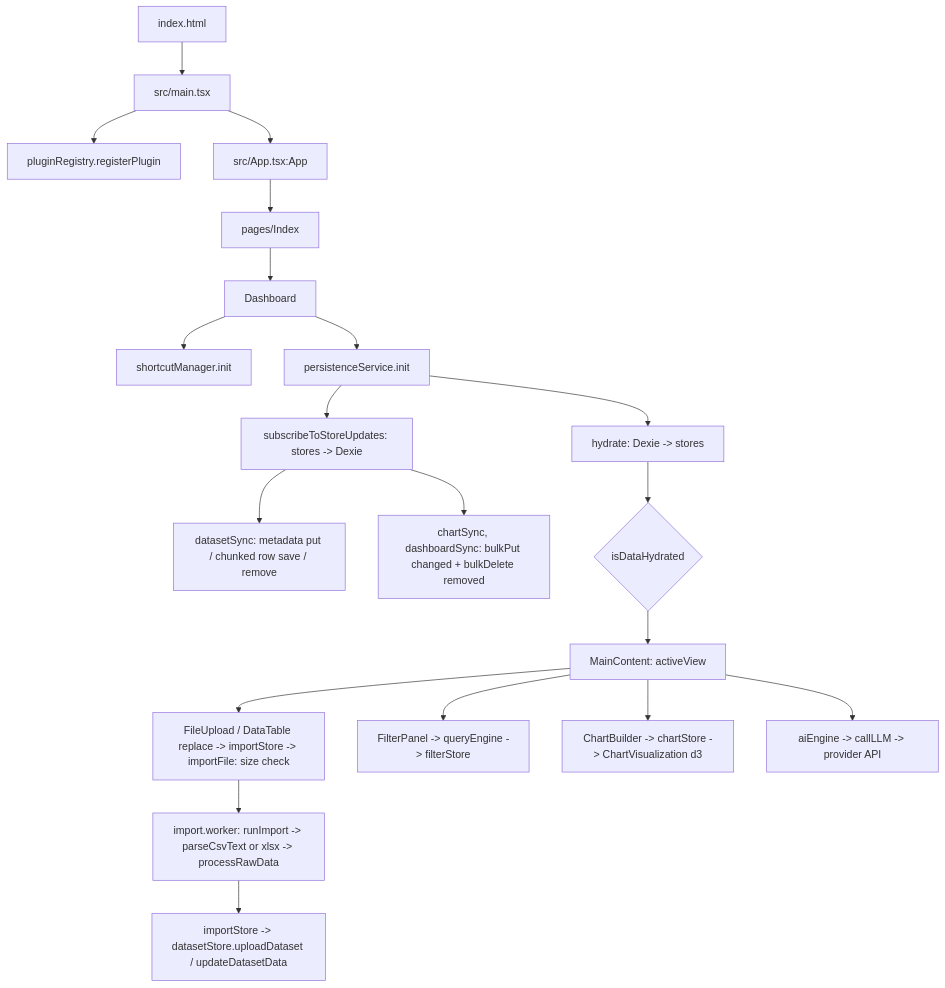
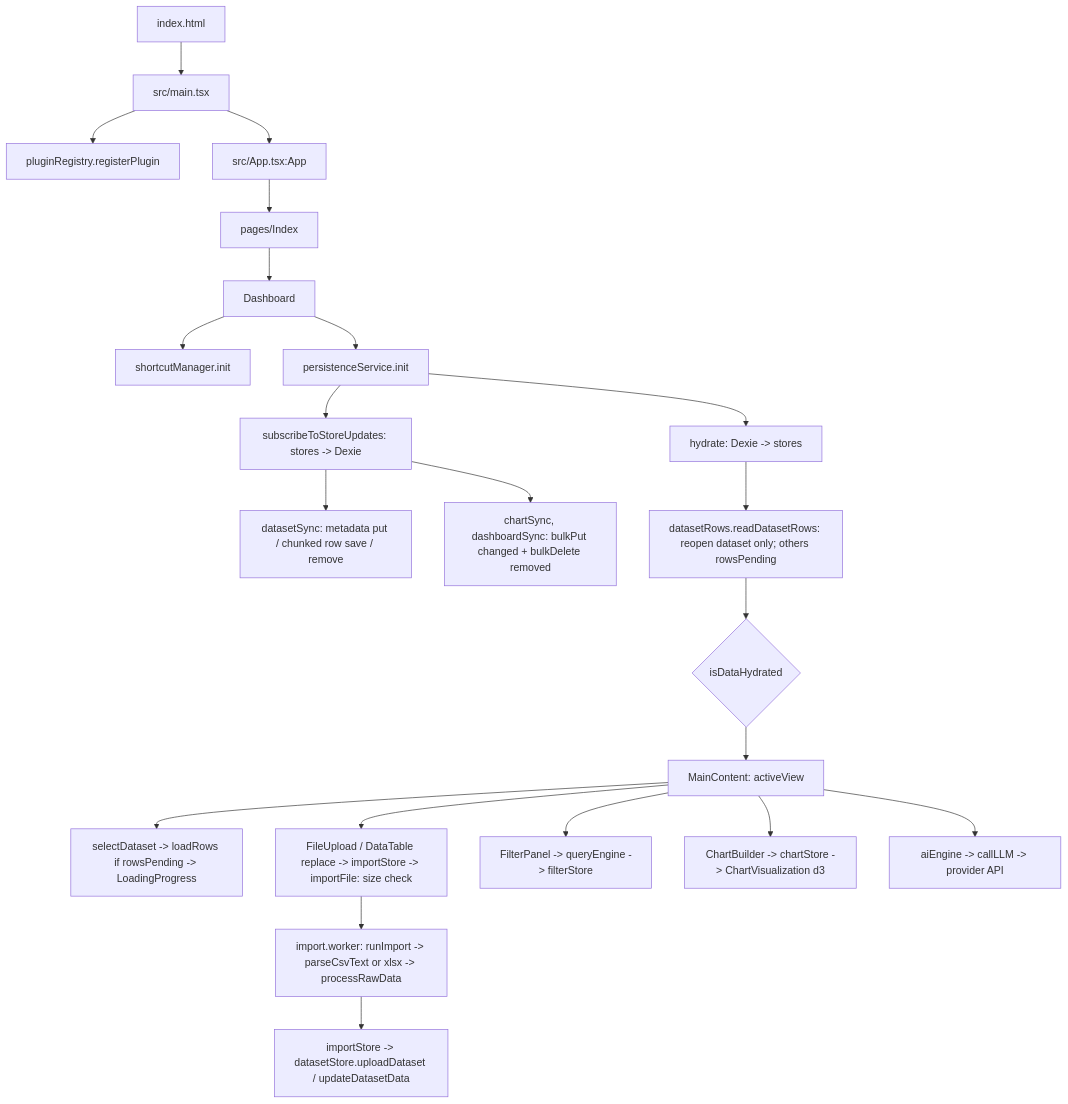
The diagram in flow.md (vardaanbazaz/datavista), drawn with Mermaid before and after one commit. The commit also changed other lines of this file and 47 other files, not shown here.

Commit message:
feat(charts): date bucketing (Auto/Year/Quarter/Month/Week/Day), aggregation picker, tick thinning + dark-mode label fix, Top N, year/ID column defaults; lazy-load inactive datasets with loading text; faster date toggle; fix flaky undo test; CI on Node 24, e2e as parallel job

````diff
--- a/flow.md
+++ b/flow.md
@@ -49,21 +51,23 @@
 ```mermaid
 flowchart TD
   HTML[index.html] --> Main[src/main.tsx]
   Main --> Plugins[pluginRegistry.registerPlugin]
   Main --> App[src/App.tsx:App]
   App --> Index[pages/Index] --> Dash[Dashboard]
   Dash --> Shortcuts[shortcutManager.init]
   Dash --> Persist[persistenceService.init]
   Persist --> Hydrate[hydrate: Dexie -> stores]
   Persist --> Sub[subscribeToStoreUpdates: stores -> Dexie]
   Sub --> DSync[datasetSync: metadata put / chunked row save / remove]
   Sub --> RSync[chartSync, dashboardSync: bulkPut changed + bulkDelete removed]
-  Hydrate --> Ready{isDataHydrated}
+  Hydrate --> Rows[datasetRows.readDatasetRows: reopen dataset only; others rowsPending]
+  Rows --> Ready{isDataHydrated}
+  Content --> Select[selectDataset -> loadRows if rowsPending -> LoadingProgress]
   Ready --> Content[MainContent: activeView]
   Content --> Upload[FileUpload / DataTable replace -> importStore -> importFile: size check]
   Upload --> Worker[import.worker: runImport -> parseCsvText or xlsx -> processRawData]
   Worker --> Save[importStore -> datasetStore.uploadDataset / updateDatasetData]
   Content --> Filter[FilterPanel -> queryEngine -> filterStore]
   Content --> Charts[ChartBuilder -> chartStore -> ChartVisualization d3]
   Content --> AI[aiEngine -> callLLM -> provider API]
 ```
````
